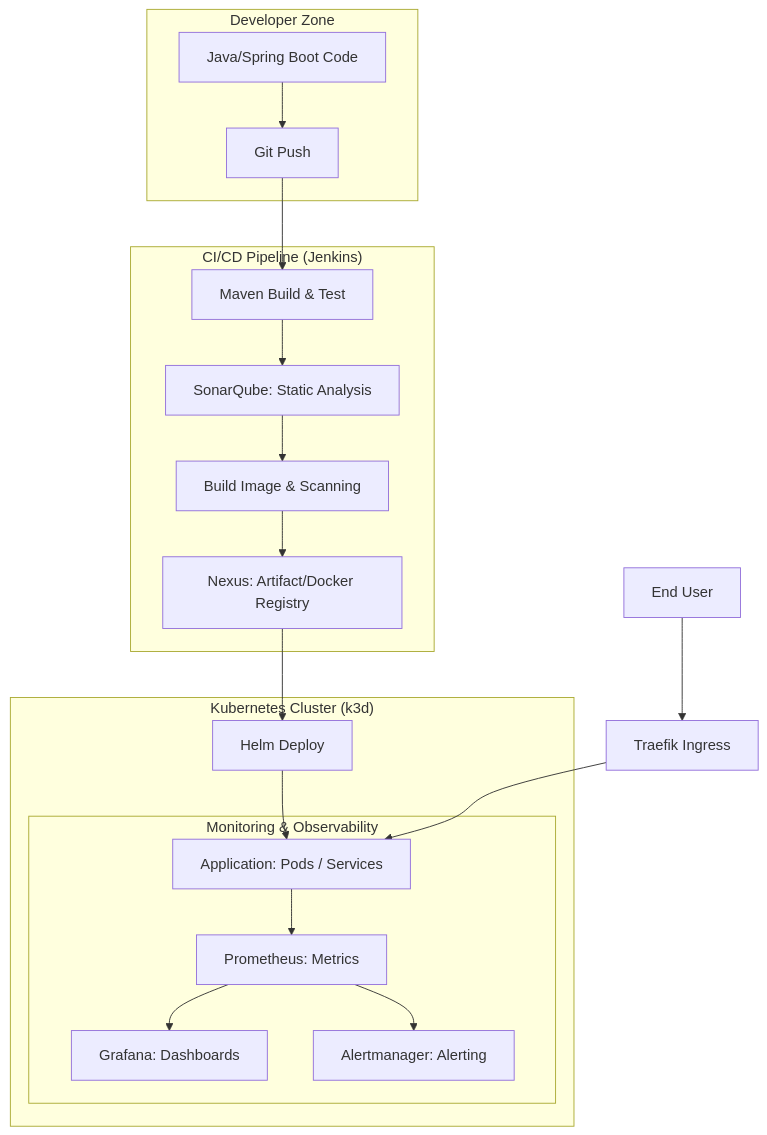
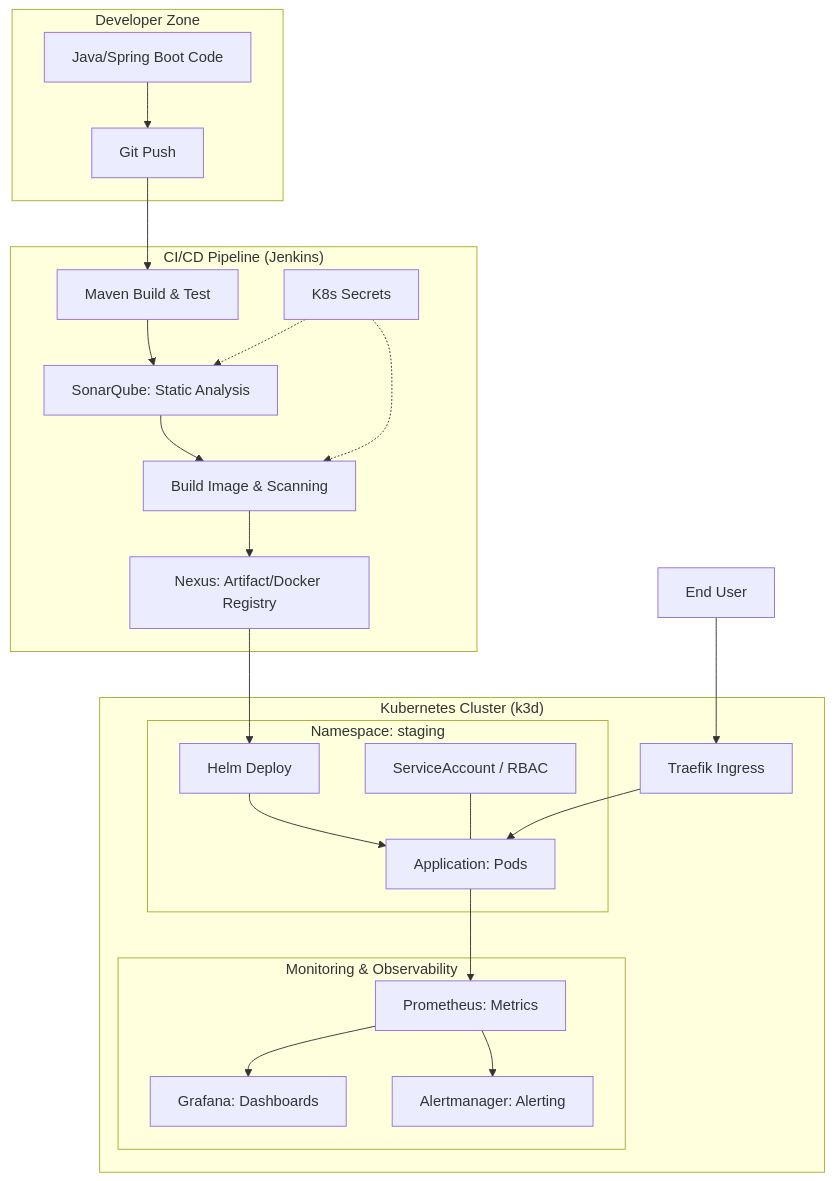
One commit to dawidbera/devops-observability-platform changed the diagram in README.md. Above: the diagram before and after it, drawn with Mermaid. The commit also changed other lines of this file and 2 other files, not shown here.

Commit message:
refactor(ingress): enable localhost access by removing domain requirement

````diff
--- a/README.md
+++ b/README.md
@@ -7,27 +7,34 @@
 ```mermaid
 graph TD
     subgraph "Developer Zone"
         Code[Java/Spring Boot Code] --> Commit[Git Push]
     end
 
     subgraph "CI/CD Pipeline (Jenkins)"
         Commit --> Build[Maven Build & Test]
         Build --> Scan[SonarQube: Static Analysis]
         Scan --> Docker[Build Image & Scanning]
         Docker --> Nexus[Nexus: Artifact/Docker Registry]
+        Secrets[K8s Secrets] -.-> Scan
+        Secrets -.-> Docker
     end
 
     subgraph "Kubernetes Cluster (k3d)"
         Nexus --> Deploy[Helm Deploy]
-        Deploy --> Pods[Application: Pods / Services]
+        
+        subgraph "Namespace: staging"
+            Deploy --> Pods[Application: Pods]
+            SA[ServiceAccount / RBAC] --- Pods
+        end
         
         subgraph "Monitoring & Observability"
             Pods --> Prometheus[Prometheus: Metrics]
             Prometheus --> Grafana[Grafana: Dashboards]
             Prometheus --> Alerts[Alertmanager: Alerting]
         end
+        
+        Ingress[Traefik Ingress] --> Pods
     end
 
-    User[End User] --> Ingress[Traefik Ingress]
-    Ingress --> Pods
+    User[End User] --> Ingress
 ```
````
